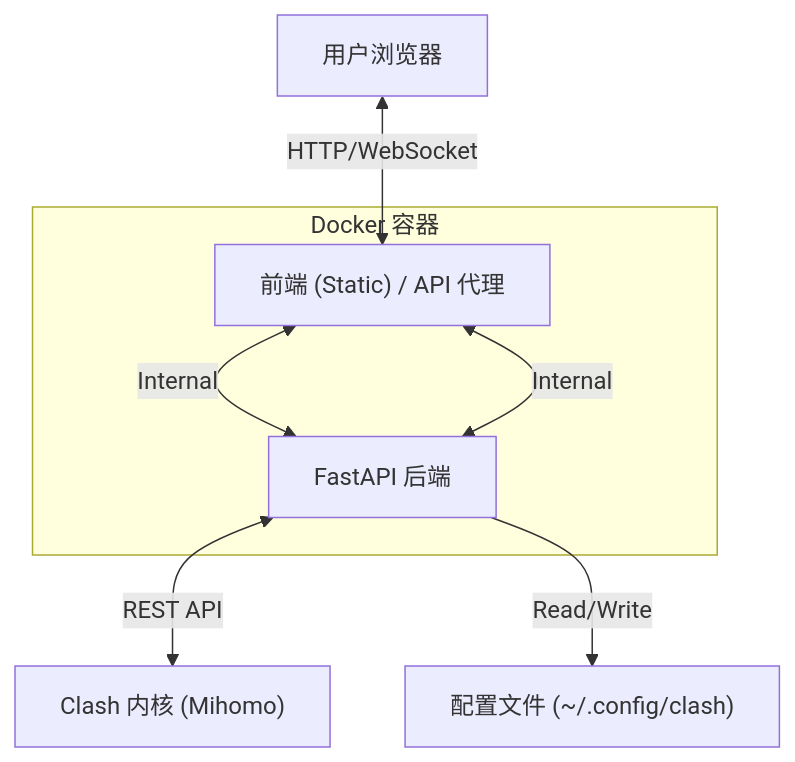
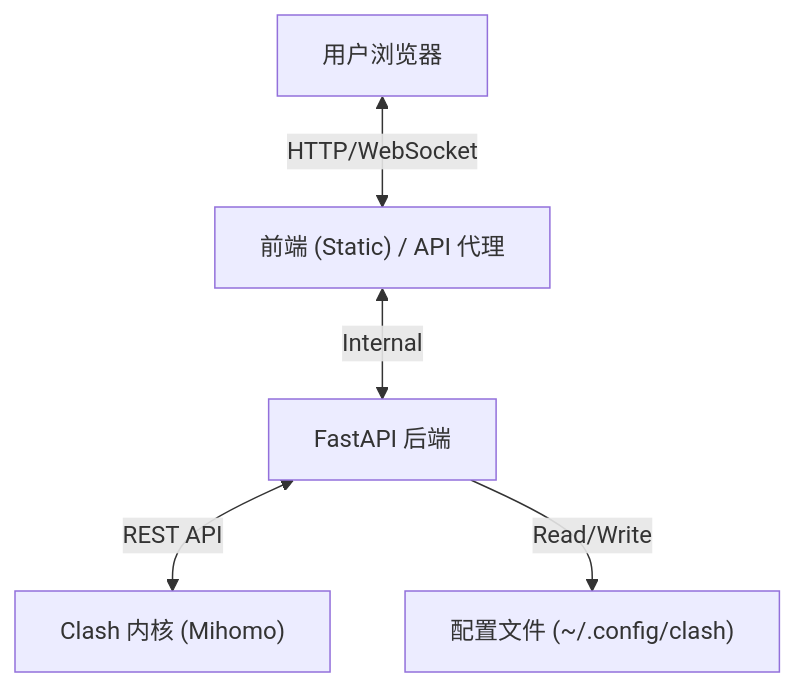
Before and after one commit to qxd-ljy/clashwebui: the diagram in README.md, drawn with Mermaid. The commit also changed other lines of this file, not shown here.

Commit message:
docs: 真正移除 README 中的 Docker 部署文档 (Round 2)

````diff
--- a/README.md
+++ b/README.md
@@ -32,10 +32,7 @@
 ```mermaid
 graph TD
     User["用户浏览器"] <--> |HTTP/WebSocket| Web["前端 (Static) / API 代理"]
-    subgraph DockerEnv [Docker 容器]
-        Web <--> |Internal| Server["FastAPI 后端"]
-    end
-    Web <--> |Internal| Server
+    Web <--> |Internal| Server["FastAPI 后端"]
     Server <--> |REST API| Kernel["Clash 内核 (Mihomo)"]
     Server --> |Read/Write| Config["配置文件 (~/.config/clash)"]
 ```
````
